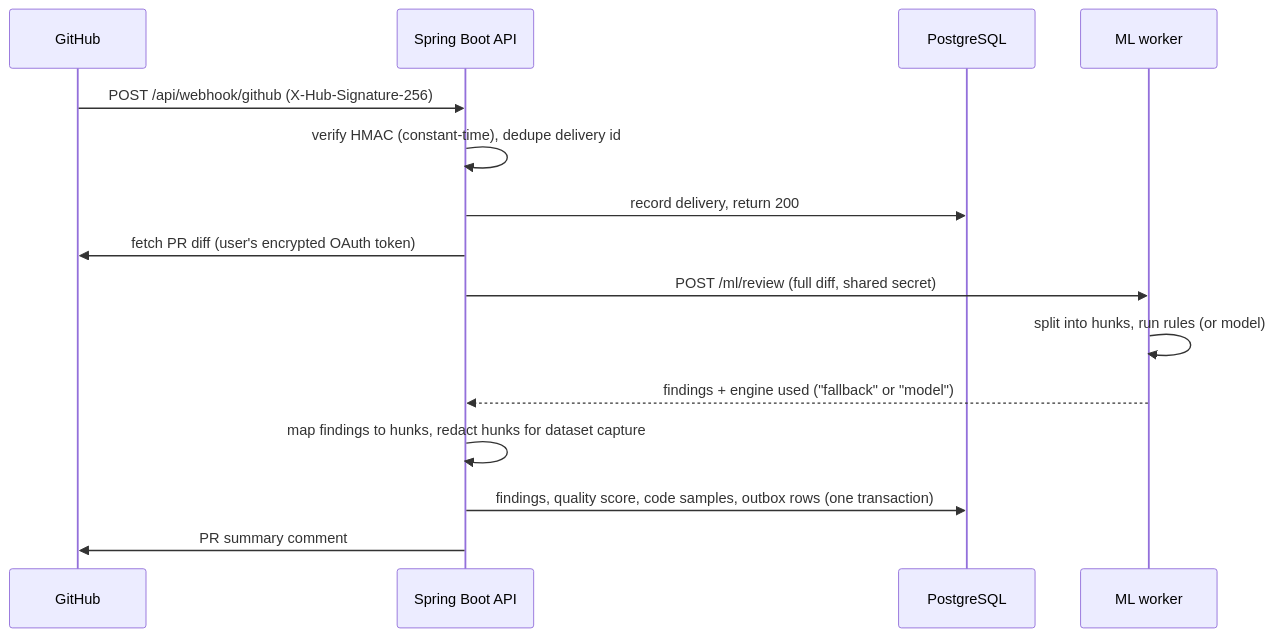
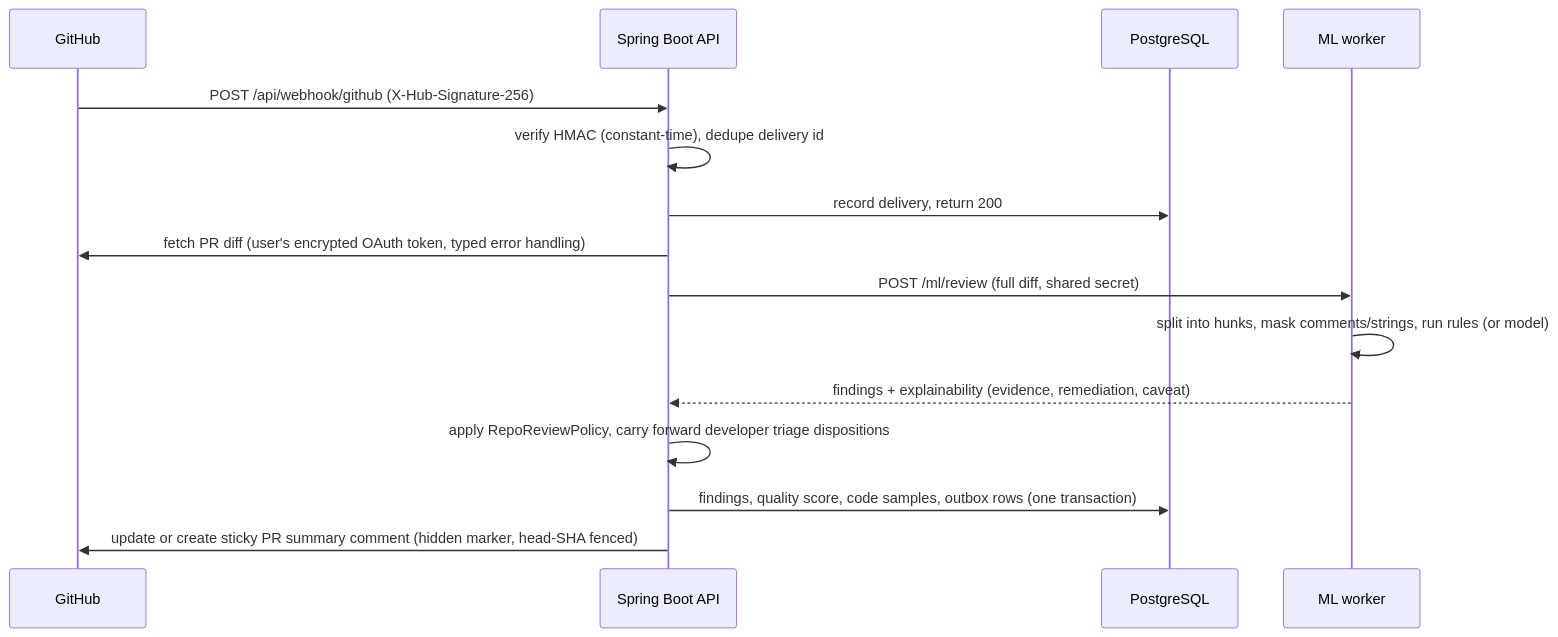
Before and after one commit to tanmay-alpha/automated-code-review-tool: the second of 2 diagrams in README.md, drawn with Mermaid. The commit also changed other lines of this file and 2 other files, not shown here.

Commit message:
docs: document hardening audit, roadmap, and architecture updates

````diff
--- a/README.md
+++ b/README.md
@@ -46,17 +61,17 @@
 ```mermaid
 sequenceDiagram
     participant GH as GitHub
     participant API as Spring Boot API
     participant DB as PostgreSQL
     participant ML as ML worker
     GH->>API: POST /api/webhook/github (X-Hub-Signature-256)
     API->>API: verify HMAC (constant-time), dedupe delivery id
     API->>DB: record delivery, return 200
-    API->>GH: fetch PR diff (user's encrypted OAuth token)
+    API->>GH: fetch PR diff (user's encrypted OAuth token, typed error handling)
     API->>ML: POST /ml/review (full diff, shared secret)
-    ML->>ML: split into hunks, run rules (or model)
-    ML-->>API: findings + engine used ("fallback" or "model")
-    API->>API: map findings to hunks, redact hunks for dataset capture
+    ML->>ML: split into hunks, mask comments/strings, run rules (or model)
+    ML-->>API: findings + explainability (evidence, remediation, caveat)
+    API->>API: apply RepoReviewPolicy, carry forward developer triage dispositions
     API->>DB: findings, quality score, code samples, outbox rows (one transaction)
-    API->>GH: PR summary comment
+    API->>GH: update or create sticky PR summary comment (hidden marker, head-SHA fenced)
 ```
````
